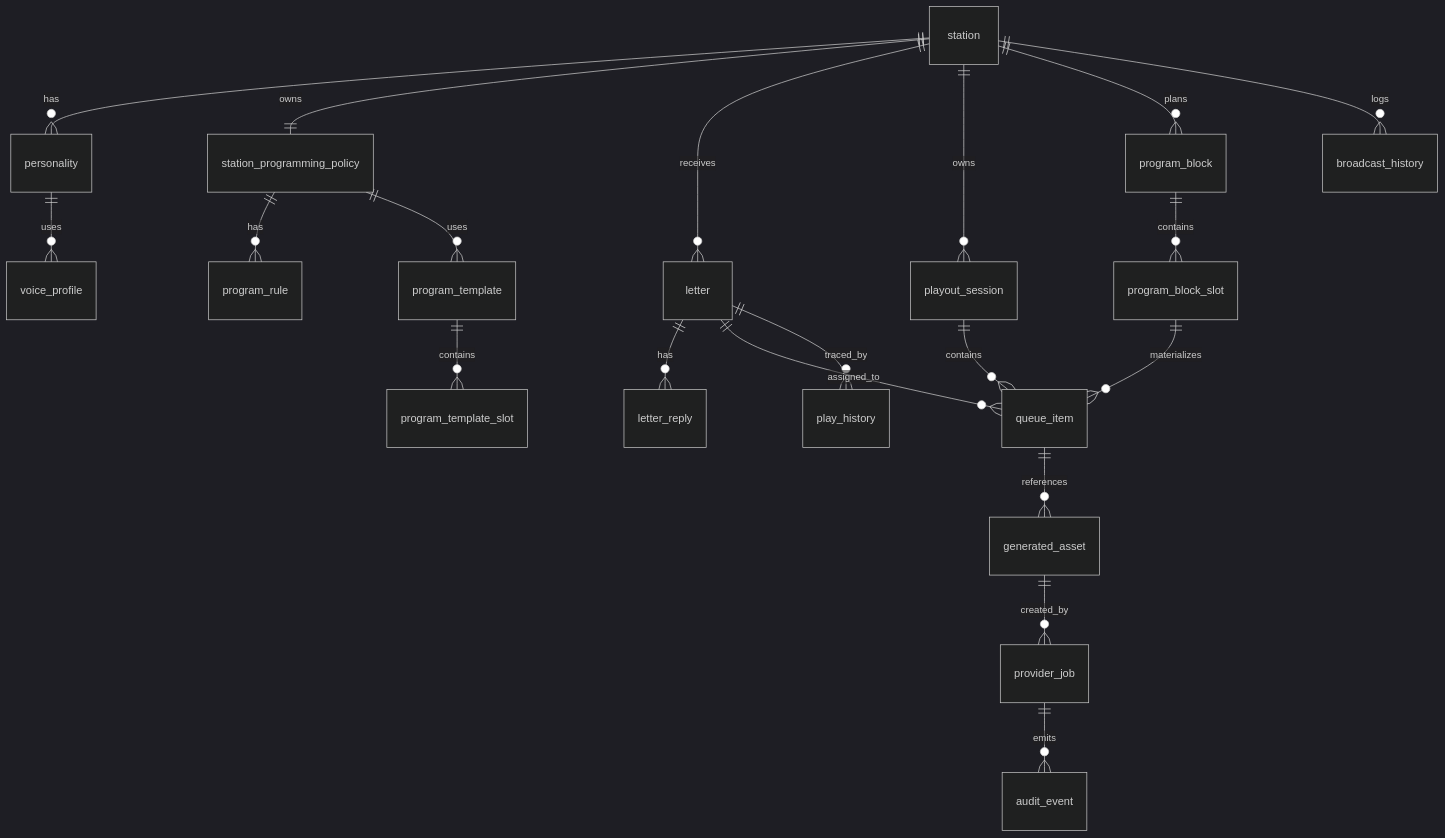
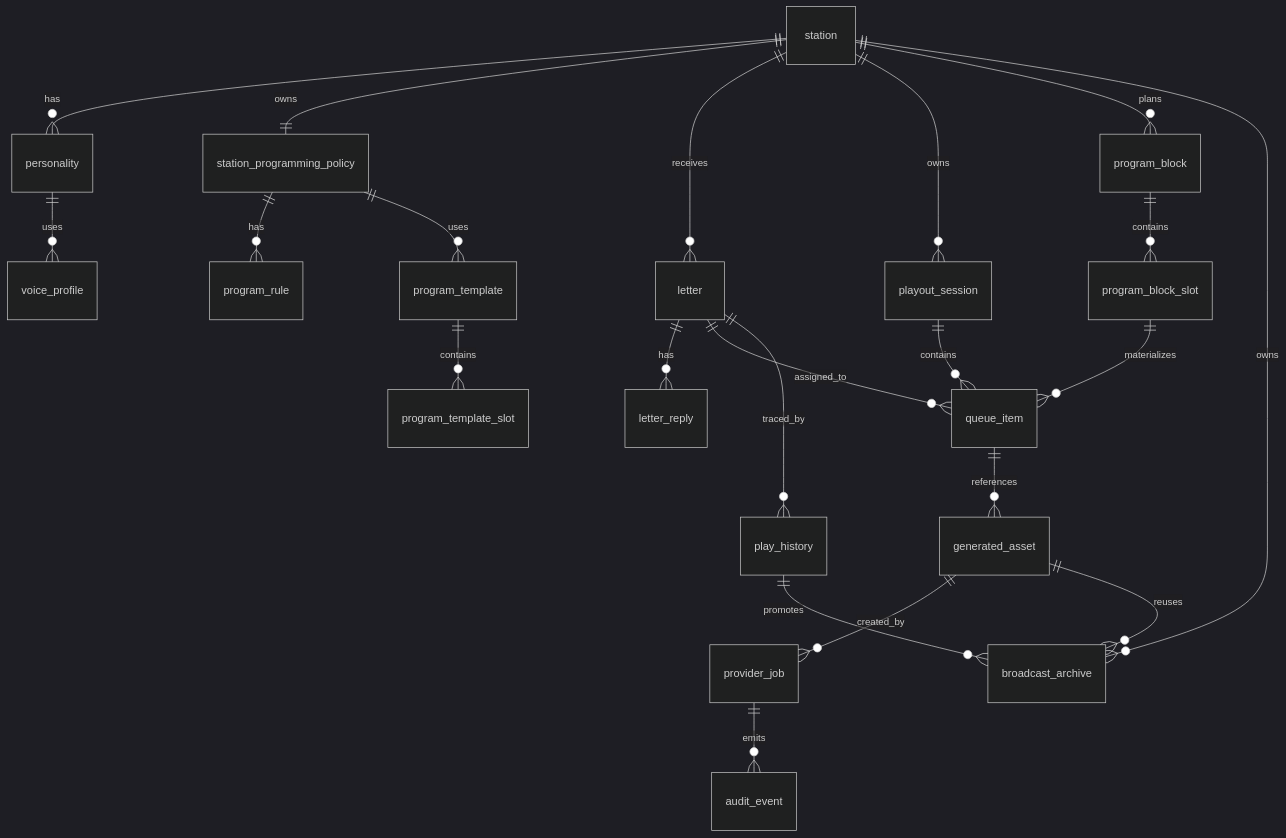
One commit to iwaken0928/SeedShiftRadio changed the diagram in doc/04_データ構造設計書.md. Above: the diagram before and after it, drawn with Mermaid (dark theme). The commit also changed other lines of this file and 8 other files, not shown here.

````diff
--- a/doc/04_データ構造設計書.md
+++ b/doc/04_データ構造設計書.md
@@ -38,22 +38,24 @@
 ```mermaid
 erDiagram
     station ||--o{ personality : has
     personality ||--o{ voice_profile : uses
     station ||--|| station_programming_policy : owns
     station_programming_policy ||--o{ program_rule : has
     station_programming_policy ||--o{ program_template : uses
     program_template ||--o{ program_template_slot : contains
     station ||--o{ letter : receives
     letter ||--o{ letter_reply : has
     letter ||--o{ queue_item : assigned_to
     letter ||--o{ play_history : traced_by
     station ||--o{ playout_session : owns
     station ||--o{ program_block : plans
     program_block ||--o{ program_block_slot : contains
     playout_session ||--o{ queue_item : contains
     program_block_slot ||--o{ queue_item : materializes
     queue_item ||--o{ generated_asset : references
     generated_asset ||--o{ provider_job : created_by
-    station ||--o{ broadcast_history : logs
+    station ||--o{ broadcast_archive : owns
     provider_job ||--o{ audit_event : emits
+    play_history ||--o{ broadcast_archive : promotes
+    generated_asset ||--o{ broadcast_archive : reuses
 ```
````
